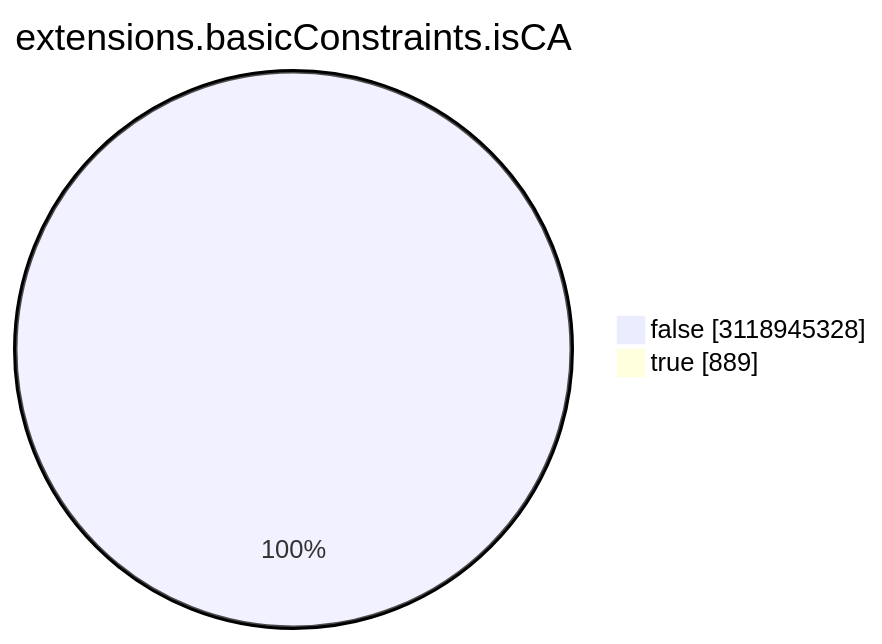
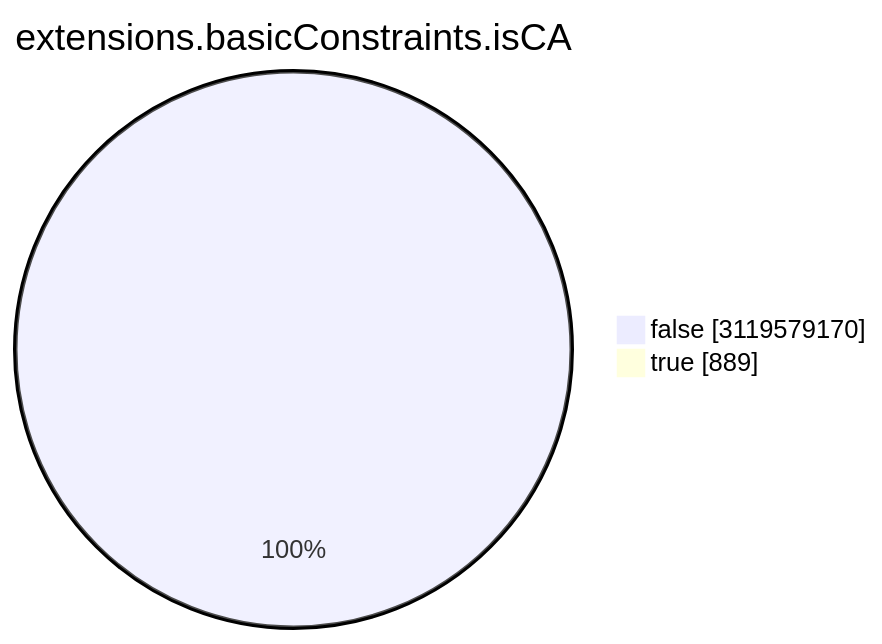
One commit to christiankrug/ctmonitor_visualization changed the seventh of 15 diagrams in TOTAL/README.md. Above: the diagram before and after it, drawn with Mermaid. The commit also changed other lines of this file, not shown here.

````diff
--- a/TOTAL/README.md
+++ b/TOTAL/README.md
@@ -3088,6 +3088,6 @@
 ```mermaid
 pie showData
 title extensions.basicConstraints.isCA
-"false" :3118945328
+"false" :3119579170
 "true" :889
 ```
````
